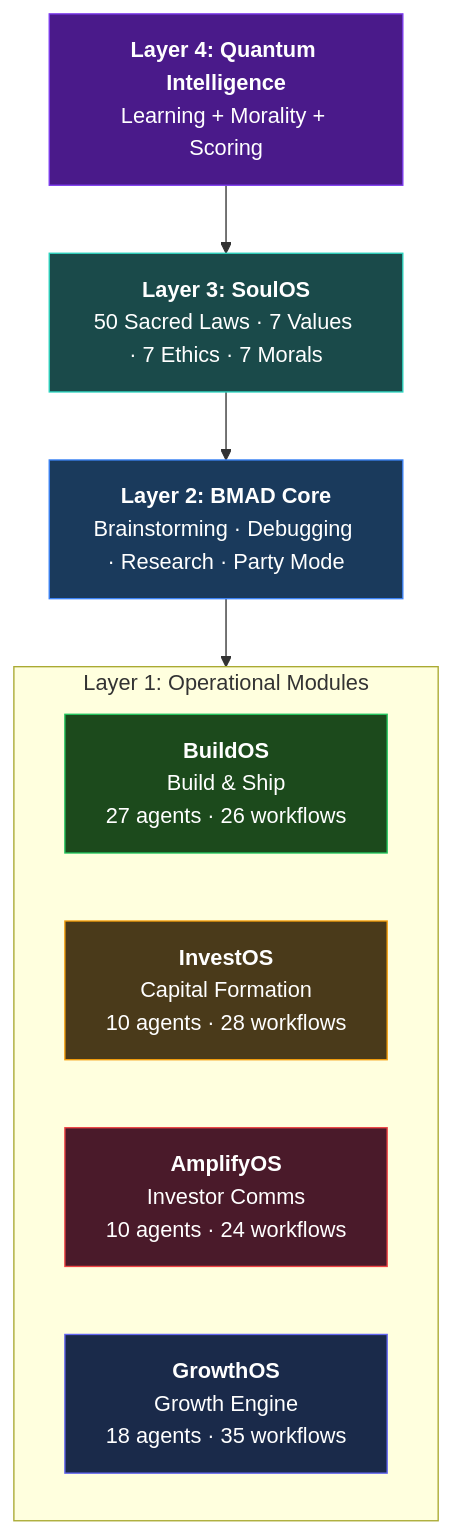
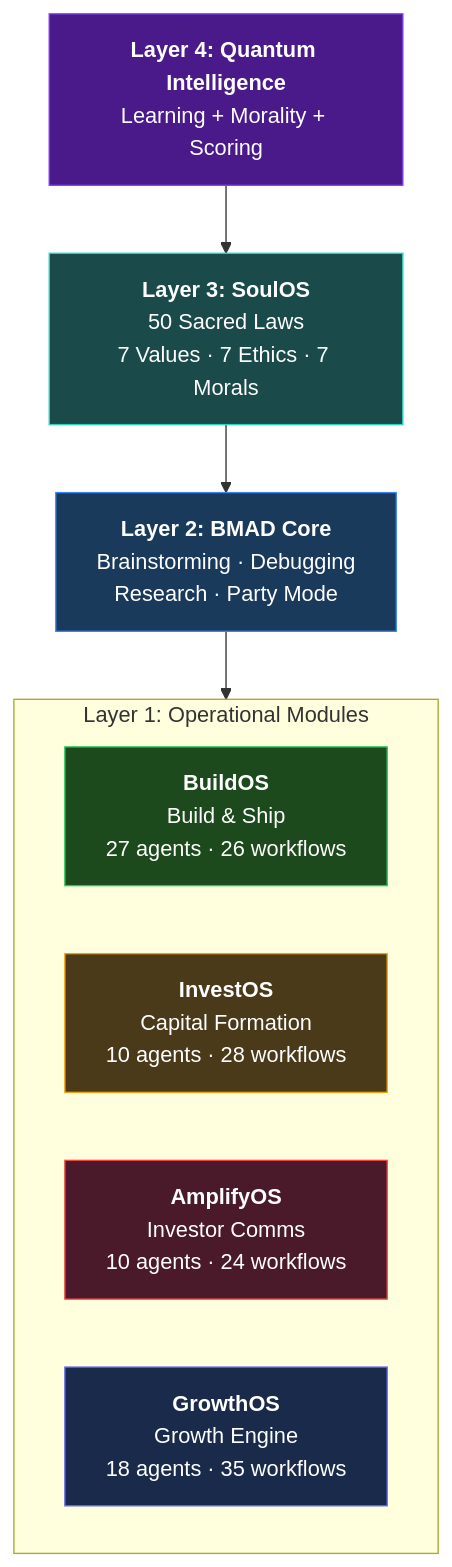
One commit to Light-Brands/qie changed the first of 4 diagrams in README.md. Above: the diagram before and after it, drawn with Mermaid. The commit also changed other lines of this file and 4 other files, not shown here.

First line of the commit message:
Fix Mermaid diagram label truncation across all docs

````diff
--- a/README.md
+++ b/README.md
@@ -15,23 +15,23 @@
 ```mermaid
 graph TB
     QI["<b>Layer 4: Quantum Intelligence</b><br/>Learning + Morality + Scoring"]
-    SoulOS["<b>Layer 3: SoulOS</b><br/>50 Sacred Laws · 7 Values · 7 Ethics · 7 Morals"]
-    CORE["<b>Layer 2: BMAD Core</b><br/>Brainstorming · Debugging · Research · Party Mode"]
+    SoulOS["<b>Layer 3: SoulOS</b><br/>50 Sacred Laws<br/>7 Values · 7 Ethics · 7 Morals"]
+    CORE["<b>Layer 2: BMAD Core</b><br/>Brainstorming · Debugging<br/>Research · Party Mode"]
 
     subgraph Layer1["Layer 1: Operational Modules"]
         BuildOS["<b>BuildOS</b><br/>Build & Ship<br/>27 agents · 26 workflows"]
         InvestOS["<b>InvestOS</b><br/>Capital Formation<br/>10 agents · 28 workflows"]
         AmplifyOS["<b>AmplifyOS</b><br/>Investor Comms<br/>10 agents · 24 workflows"]
         GrowthOS["<b>GrowthOS</b><br/>Growth Engine<br/>18 agents · 35 workflows"]
     end
 
     QI --> SoulOS --> CORE --> Layer1
 
     style QI fill:#4a1a8a,color:#fff,stroke:#7c3aed
     style SoulOS fill:#1a4a4a,color:#fff,stroke:#2dd4bf
     style CORE fill:#1a3a5c,color:#fff,stroke:#3b82f6
     style BuildOS fill:#1c4a1c,color:#fff,stroke:#22c55e
     style InvestOS fill:#4a3a1a,color:#fff,stroke:#f59e0b
     style AmplifyOS fill:#4a1a2a,color:#fff,stroke:#ef4444
     style GrowthOS fill:#1a2a4a,color:#fff,stroke:#6366f1
 ```
````
